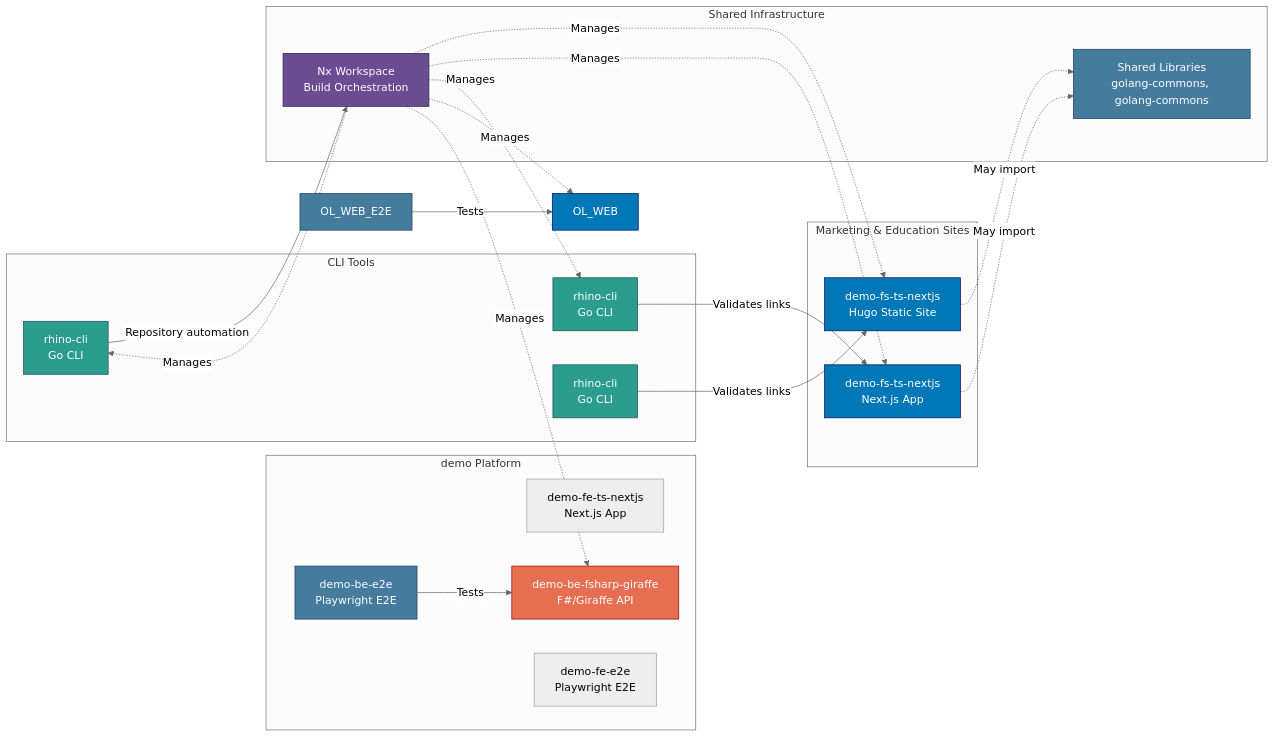
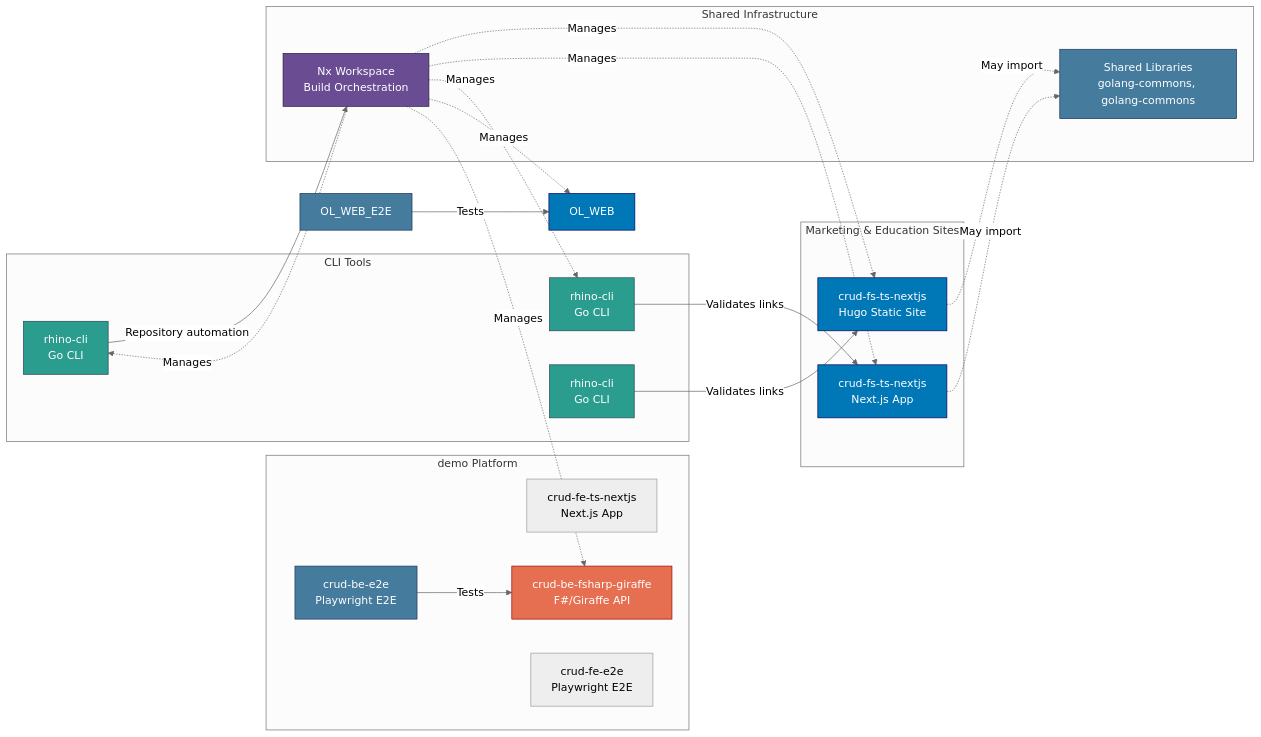
Before and after one commit to wahidyankf/ose-primer: the diagram in docs/reference/system-architecture/applications.md, drawn with Mermaid (neutral theme). The commit also changed other lines of this file and 2260 other files, not shown here.

First line of the commit message:
refactor(apps): rename demo-* to crud-* to clarify CRUD family scope

````diff
--- a/docs/reference/system-architecture/applications.md
+++ b/docs/reference/system-architecture/applications.md
@@ -125,53 +125,53 @@
 ```mermaid
 graph LR
     subgraph "Marketing & Education Sites"
-        OSE[demo-fs-ts-nextjs<br/>Hugo Static Site]
-        AYO[demo-fs-ts-nextjs<br/>Next.js App]
+        OSE[crud-fs-ts-nextjs<br/>Hugo Static Site]
+        AYO[crud-fs-ts-nextjs<br/>Next.js App]
     end
 
     subgraph "demo Platform"
-        OL_FE[demo-fe-ts-nextjs<br/>Next.js App]
-        OL_BE[demo-be-fsharp-giraffe<br/>F#/Giraffe API]
-        OL_FE_E2E[demo-fe-e2e<br/>Playwright E2E]
-        OL_BE_E2E[demo-be-e2e<br/>Playwright E2E]
+        OL_FE[crud-fe-ts-nextjs<br/>Next.js App]
+        OL_BE[crud-be-fsharp-giraffe<br/>F#/Giraffe API]
+        OL_FE_E2E[crud-fe-e2e<br/>Playwright E2E]
+        OL_BE_E2E[crud-be-e2e<br/>Playwright E2E]
     end
 
     subgraph "CLI Tools"
         AYOCLI[rhino-cli<br/>Go CLI]
         RHINO[rhino-cli<br/>Go CLI]
         OSECLI[rhino-cli<br/>Go CLI]
     end
 
     subgraph "Shared Infrastructure"
         NX[Nx Workspace<br/>Build Orchestration]
         LIBS[Shared Libraries<br/>golang-commons, golang-commons]
     end
 
     AYOCLI -->|Validates links| AYO
     RHINO -->|Repository automation| NX
     OSECLI -->|Validates links| OSE
     OL_WEB_E2E -->|Tests| OL_WEB
     OL_BE_E2E -->|Tests| OL_BE
 
     NX -.->|Manages| OSE
     NX -.->|Manages| AYO
     NX -.->|Manages| AYOCLI
     NX -.->|Manages| RHINO
     NX -.->|Manages| OL_WEB
     NX -.->|Manages| OL_BE
 
     OSE -.->|May import| LIBS
     AYO -.->|May import| LIBS
 
     style OSE fill:#0077b6,stroke:#03045e,color:#ffffff
     style AYO fill:#0077b6,stroke:#03045e,color:#ffffff
     style OL_WEB fill:#0077b6,stroke:#03045e,color:#ffffff
     style OL_BE fill:#e76f51,stroke:#9d0208,color:#ffffff
     style OL_WEB_E2E fill:#457b9d,stroke:#1d3557,color:#ffffff
     style OL_BE_E2E fill:#457b9d,stroke:#1d3557,color:#ffffff
     style AYOCLI fill:#2a9d8f,stroke:#264653,color:#ffffff
     style RHINO fill:#2a9d8f,stroke:#264653,color:#ffffff
     style OSECLI fill:#2a9d8f,stroke:#264653,color:#ffffff
     style NX fill:#6a4c93,stroke:#22223b,color:#ffffff
     style LIBS fill:#457b9d,stroke:#1d3557,color:#ffffff
 ```
````
